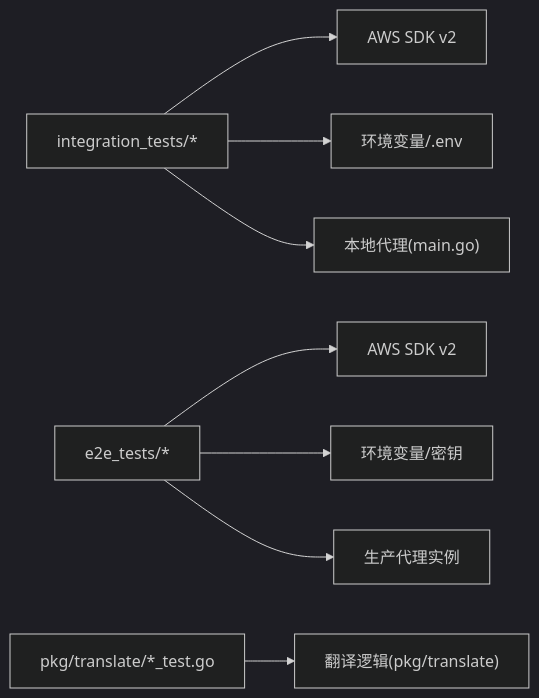
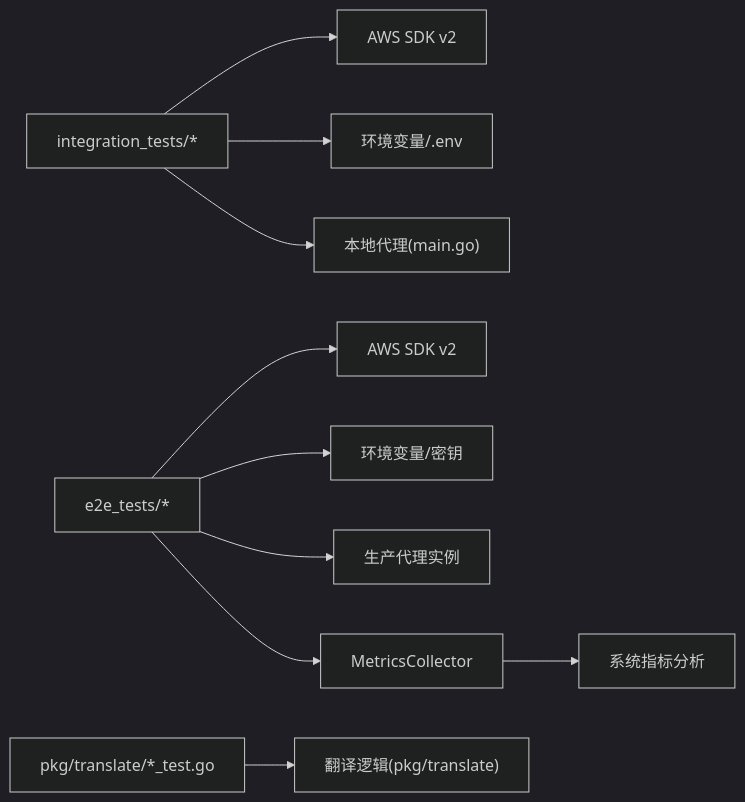
The eighth of 8 diagrams in .qoder/repowiki/zh/content/测试策略/测试策略.md (flying1574/S3Proxy4GCS), drawn with Mermaid (dark theme) before and after one commit. The commit also changed other lines of this file and 10 other files, not shown here.

````diff
--- a/.qoder/repowiki/zh/content/测试策略/测试策略.md
+++ b/.qoder/repowiki/zh/content/测试策略/测试策略.md
@@ -392,10 +412,12 @@
 ```mermaid
 graph LR
 IT["integration_tests/*"] --> AWS["AWS SDK v2"]
 IT --> ENV["环境变量/.env"]
 IT --> PROXY["本地代理(main.go)"]
 E2E["e2e_tests/*"] --> AWS2["AWS SDK v2"]
 E2E --> ENV2["环境变量/密钥"]
 E2E --> LIVEPROXY["生产代理实例"]
 UNIT["pkg/translate/*_test.go"] --> CORE["翻译逻辑(pkg/translate)"]
+E2E --> METRICS["MetricsCollector"]
+METRICS --> SYS["系统指标分析"]
 ```
````
